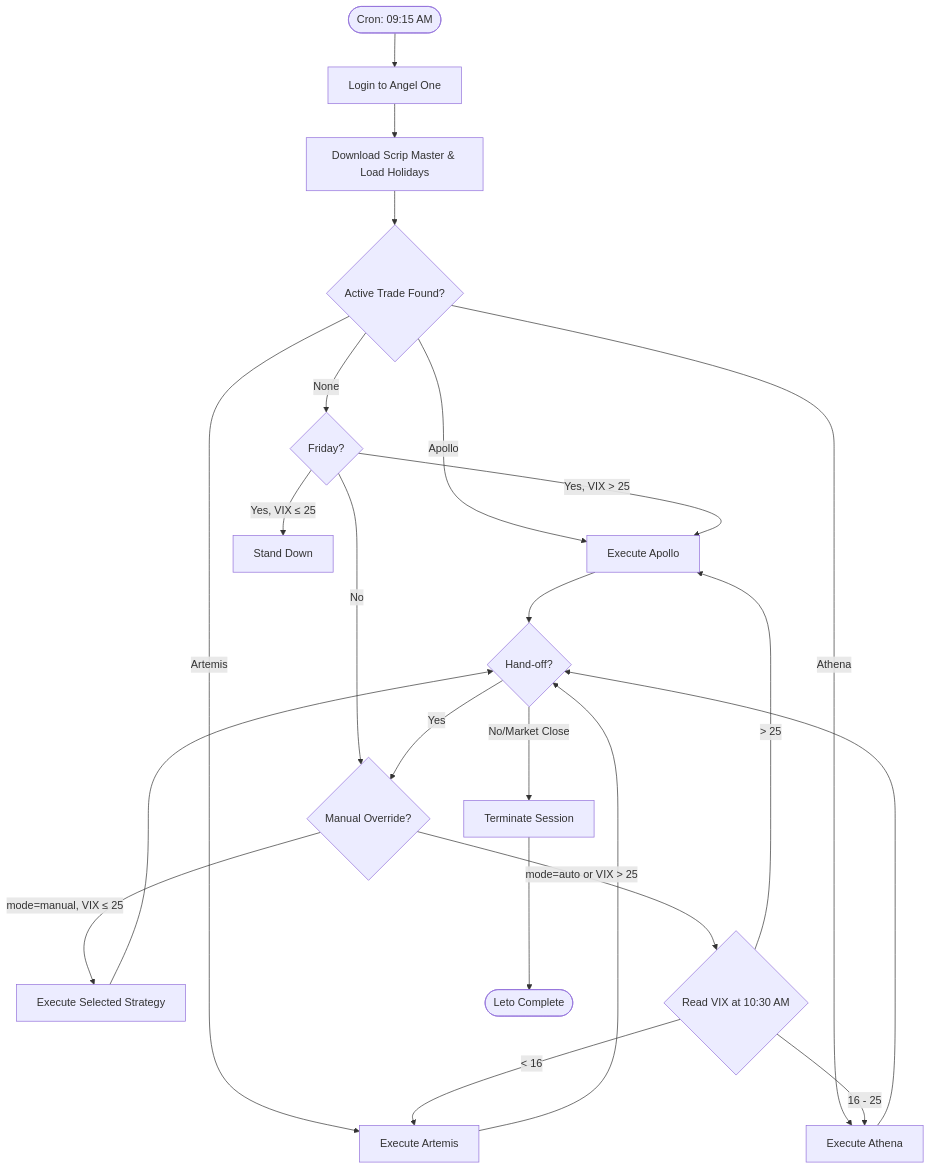
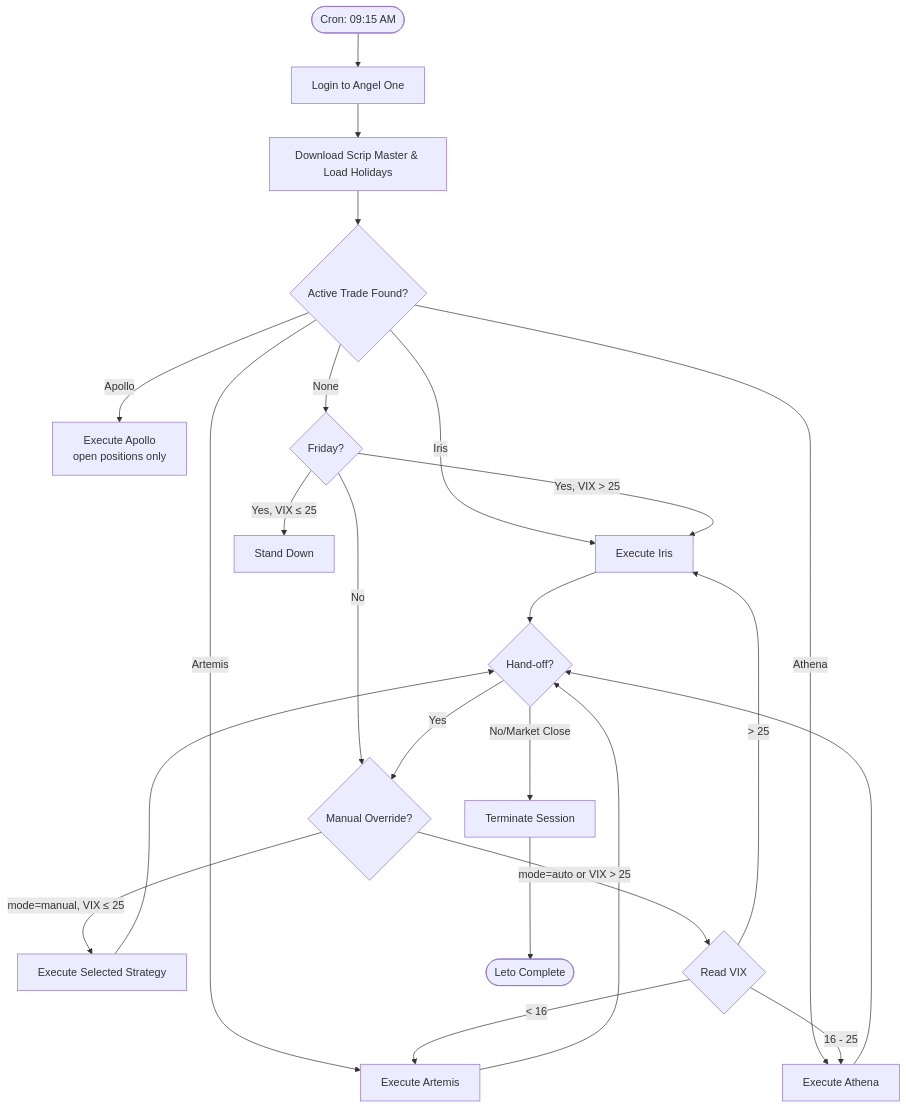
One commit to parijnan/algo-trading-lab changed the diagram in README.md. Above: the diagram before and after it, drawn with Mermaid. The commit also changed other lines of this file and 6 other files, not shown here.

First line of the commit message:
Iris production: Leto integration, routing overrides, Athena PE wing controls

````diff
--- a/README.md
+++ b/README.md
@@ -116,25 +112,26 @@
 ```mermaid
 graph TD
     Start([Cron: 09:15 AM]) --> Login[Login to Angel One]
     Login --> Setup[Download Scrip Master & Load Holidays]
     Setup --> CheckState{Active Trade Found?}
 
-    CheckState -- Apollo --> RunApollo[Execute Apollo]
+    CheckState -- Apollo --> RunApollo[Execute Apollo<br/>open positions only]
+    CheckState -- Iris --> RunIris[Execute Iris]
     CheckState -- Athena --> RunAthena[Execute Athena]
     CheckState -- Artemis --> RunArtemis[Execute Artemis]
 
     CheckState -- None --> FridayCheck{Friday?}
-    FridayCheck -- "Yes, VIX > 25" --> RunApollo
+    FridayCheck -- "Yes, VIX > 25" --> RunIris
     FridayCheck -- "Yes, VIX ≤ 25" --> StandDown[Stand Down]
     FridayCheck -- No --> OverrideCheck{Manual Override?}
     OverrideCheck -- "mode=manual, VIX ≤ 25" --> RunOverride[Execute Selected Strategy]
-    OverrideCheck -- "mode=auto or VIX > 25" --> VIXCheck{Read VIX at 10:30 AM}
+    OverrideCheck -- "mode=auto or VIX > 25" --> VIXCheck{Read VIX}
     VIXCheck -- "< 16" --> RunArtemis
     VIXCheck -- "16 - 25" --> RunAthena
-    VIXCheck -- "> 25" --> RunApollo
+    VIXCheck -- "> 25" --> RunIris
 
-    RunApollo & RunAthena & RunArtemis & RunOverride --> Result{Hand-off?}
+    RunIris & RunAthena & RunArtemis & RunOverride --> Result{Hand-off?}
     Result -- Yes --> OverrideCheck
     Result -- No/Market Close --> Logout[Terminate Session]
     Logout --> End([Leto Complete])
 ```
````
